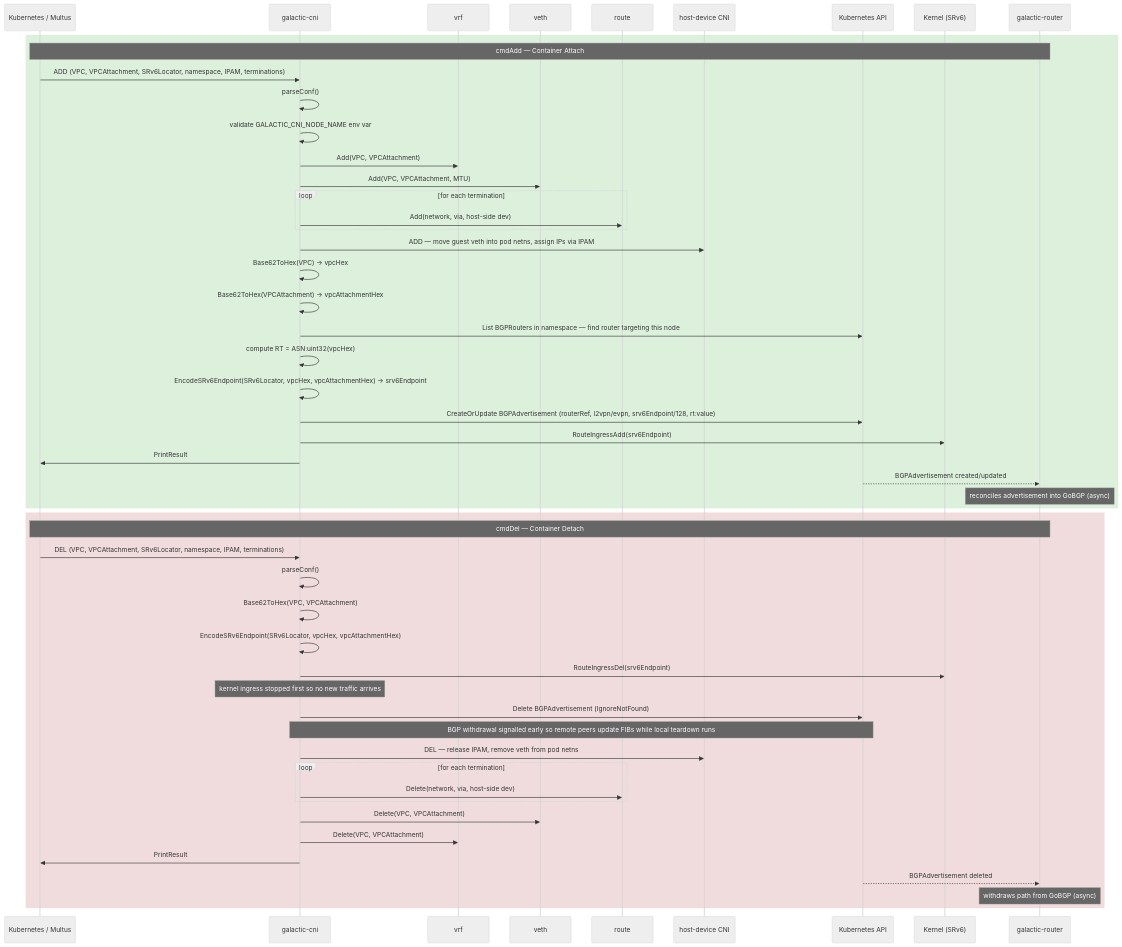
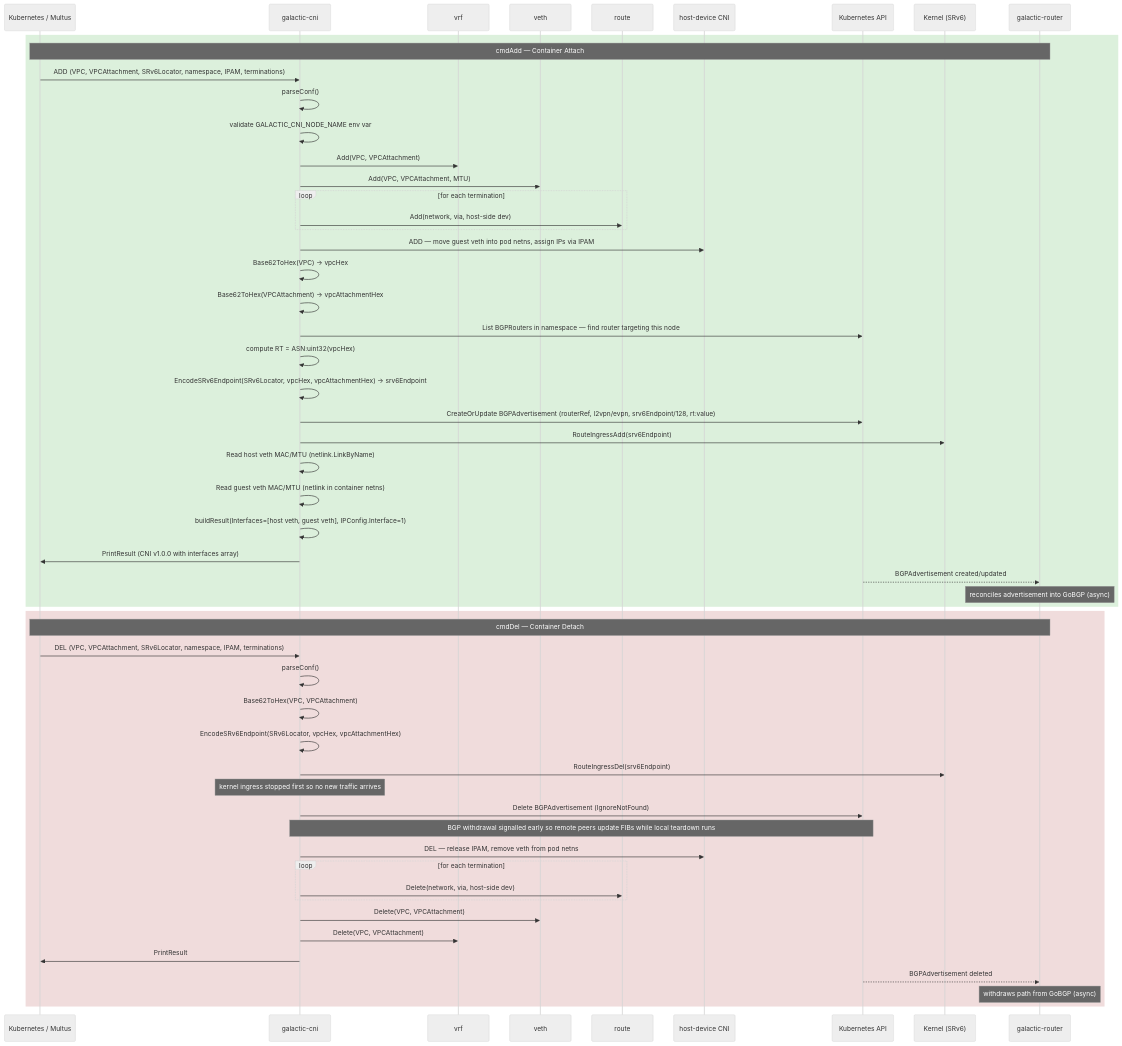
Before and after one commit to datum-cloud/galactic: the diagram in docs/cni-sequence.md, drawn with Mermaid (neutral theme). The commit also changed 6 other files, not shown here.

First line of the commit message:
feat: report CNI v1.0.0 result with interfaces array and host-device plugin

````diff
--- a/docs/cni-sequence.md
+++ b/docs/cni-sequence.md
@@ -3,56 +3,59 @@
 ```mermaid
 sequenceDiagram
     participant Multus as Kubernetes / Multus
     participant CNI as galactic-cni
     participant VRF as vrf
     participant Veth as veth
     participant Route as route
     participant HD as host-device CNI
     participant K8s as Kubernetes API
     participant Kernel as Kernel (SRv6)
     participant Router as galactic-router
 
     rect rgb(220, 240, 220)
         note over Multus,Router: cmdAdd — Container Attach
         Multus->>CNI: ADD (VPC, VPCAttachment, SRv6Locator, namespace, IPAM, terminations)
         CNI->>CNI: parseConf()
         CNI->>CNI: validate GALACTIC_CNI_NODE_NAME env var
         CNI->>VRF: Add(VPC, VPCAttachment)
         CNI->>Veth: Add(VPC, VPCAttachment, MTU)
         loop for each termination
             CNI->>Route: Add(network, via, host-side dev)
         end
         CNI->>HD: ADD — move guest veth into pod netns, assign IPs via IPAM
         CNI->>CNI: Base62ToHex(VPC) → vpcHex
         CNI->>CNI: Base62ToHex(VPCAttachment) → vpcAttachmentHex
         CNI->>K8s: List BGPRouters in namespace — find router targeting this node
         CNI->>CNI: compute RT = ASN:uint32(vpcHex)
         CNI->>CNI: EncodeSRv6Endpoint(SRv6Locator, vpcHex, vpcAttachmentHex) → srv6Endpoint
         CNI->>K8s: CreateOrUpdate BGPAdvertisement (routerRef, l2vpn/evpn, srv6Endpoint/128, rt:value)
         CNI->>Kernel: RouteIngressAdd(srv6Endpoint)
-        CNI->>Multus: PrintResult
+        CNI->>CNI: Read host veth MAC/MTU (netlink.LinkByName)
+        CNI->>CNI: Read guest veth MAC/MTU (netlink in container netns)
+        CNI->>CNI: buildResult(Interfaces=[host veth, guest veth], IPConfig.Interface=1)
+        CNI->>Multus: PrintResult (CNI v1.0.0 with interfaces array)
         K8s-->>Router: BGPAdvertisement created/updated
         note over Router: reconciles advertisement into GoBGP (async)
     end
 
     rect rgb(240, 220, 220)
         note over Multus,Router: cmdDel — Container Detach
         Multus->>CNI: DEL (VPC, VPCAttachment, SRv6Locator, namespace, IPAM, terminations)
         CNI->>CNI: parseConf()
         CNI->>CNI: Base62ToHex(VPC, VPCAttachment)
         CNI->>CNI: EncodeSRv6Endpoint(SRv6Locator, vpcHex, vpcAttachmentHex)
         CNI->>Kernel: RouteIngressDel(srv6Endpoint)
         note over CNI: kernel ingress stopped first so no new traffic arrives
         CNI->>K8s: Delete BGPAdvertisement (IgnoreNotFound)
         note over CNI,K8s: BGP withdrawal signalled early so remote peers update FIBs while local teardown runs
         CNI->>HD: DEL — release IPAM, remove veth from pod netns
         loop for each termination
             CNI->>Route: Delete(network, via, host-side dev)
         end
         CNI->>Veth: Delete(VPC, VPCAttachment)
         CNI->>VRF: Delete(VPC, VPCAttachment)
         CNI->>Multus: PrintResult
         K8s-->>Router: BGPAdvertisement deleted
         note over Router: withdraws path from GoBGP (async)
     end
 ```
````
